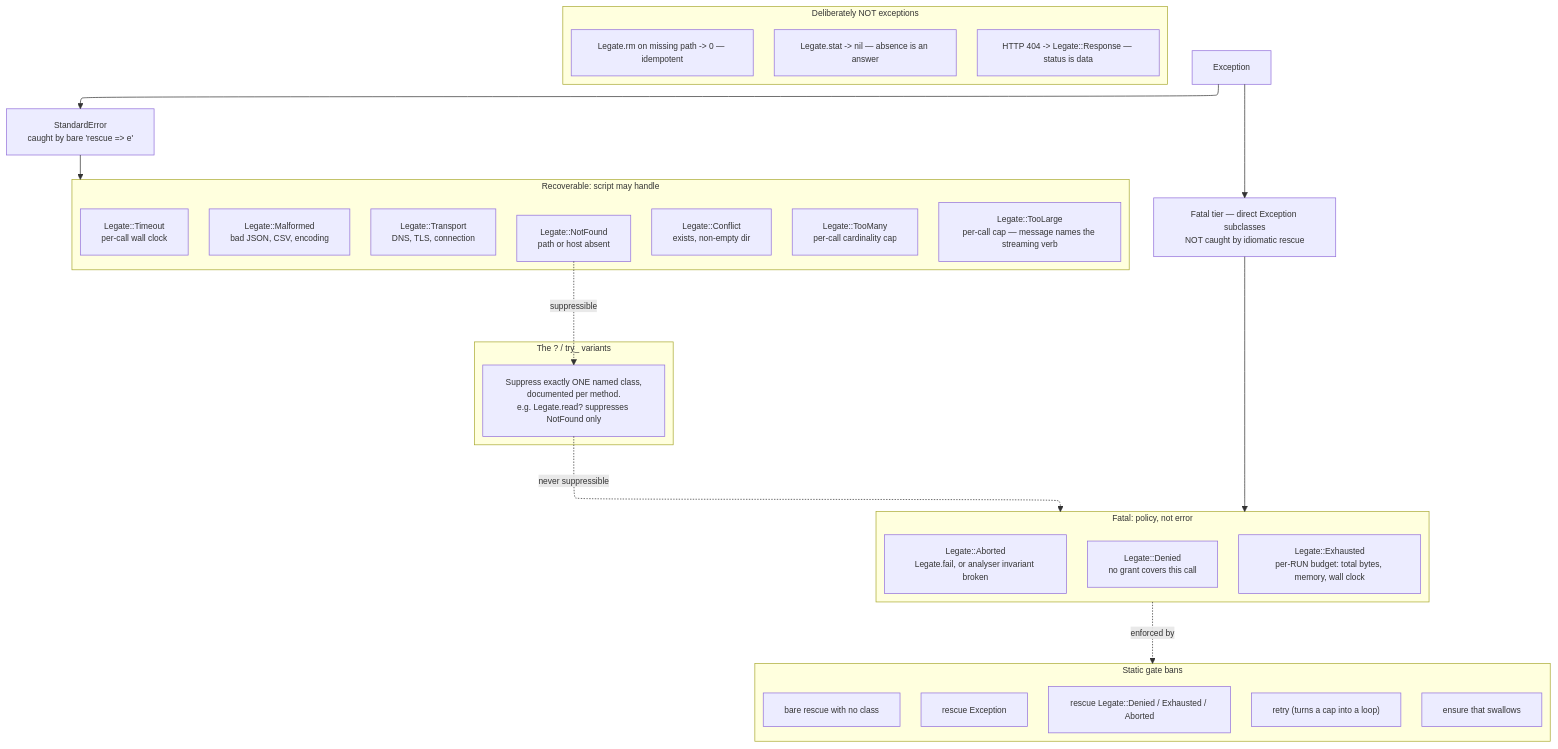
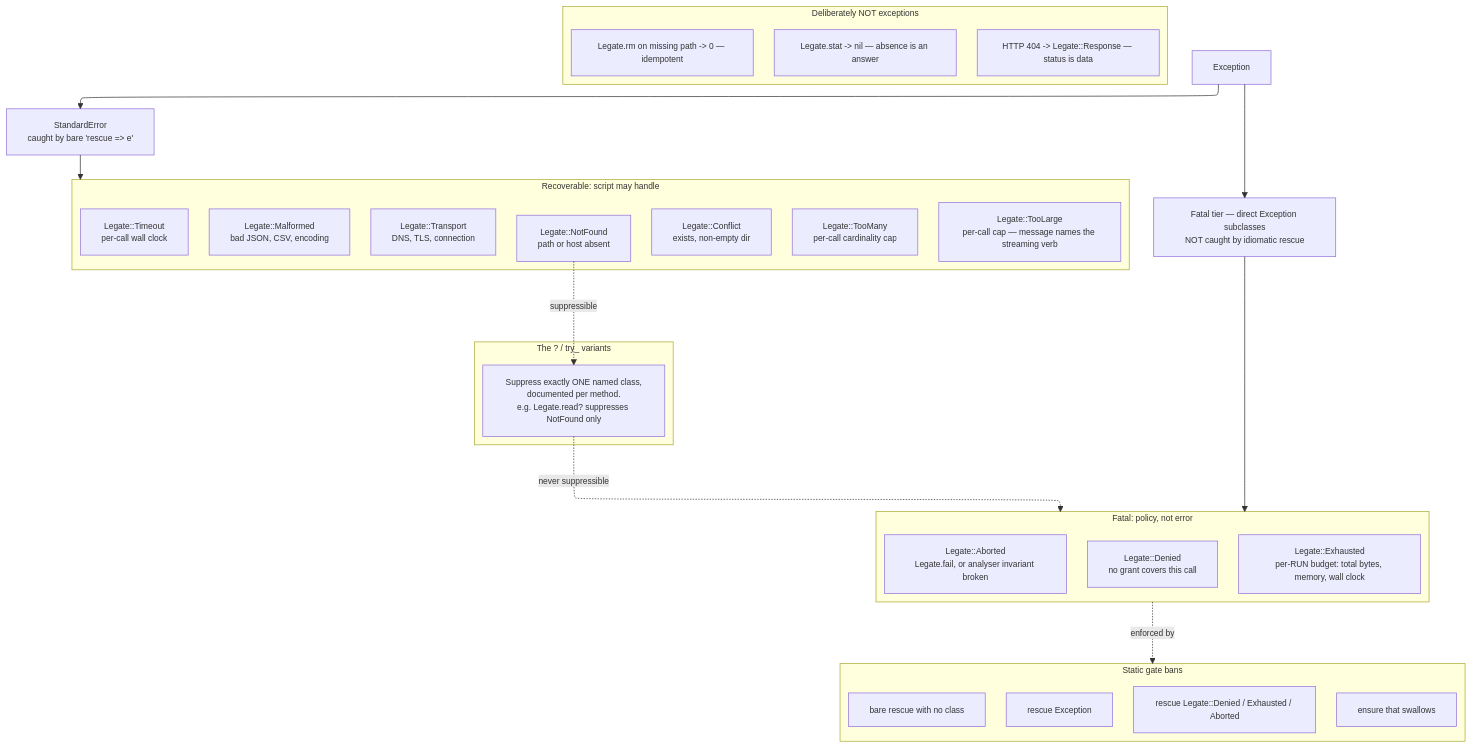
One commit to ModelArmy/adjutant.cr changed the third of 3 diagrams in LEGATE.md. Above: the diagram before and after it, drawn with Mermaid. The commit also changed other lines of this file and 8 other files, not shown here.

````diff
--- a/LEGATE.md
+++ b/LEGATE.md
@@ -800,57 +800,56 @@
 ```mermaid
 ---
 displayMode: compact
 config:
   layout: elk
   themeVariables:
     fontSize: 12px
 ---
 flowchart TB
     EX["Exception"]
 
     EX --> STD["StandardError<br/>caught by bare 'rescue => e'"]
     EX --> FATAL["Fatal tier — direct Exception subclasses<br/>NOT caught by idiomatic rescue"]
 
     subgraph REC["Recoverable: script may handle"]
         NF["Legate::NotFound<br/>path or host absent"]
         MF["Legate::Malformed<br/>bad JSON, CSV, encoding"]
         TO["Legate::Timeout<br/>per-call wall clock"]
         TR["Legate::Transport<br/>DNS, TLS, connection"]
         CF["Legate::Conflict<br/>exists, non-empty dir"]
         TL["Legate::TooLarge<br/>per-call cap — message names the streaming verb"]
         TM["Legate::TooMany<br/>per-call cardinality cap"]
     end
 
     STD --> REC
 
     subgraph FAT["Fatal: policy, not error"]
         DN["Legate::Denied<br/>no grant covers this call"]
         EXH["Legate::Exhausted<br/>per-RUN budget: total bytes, memory, wall clock"]
         AB["Legate::Aborted<br/>Legate.fail, or analyser invariant broken"]
     end
 
     FATAL --> FAT
 
     subgraph SUPP["The ? / try_ variants"]
         Q["Suppress exactly ONE named class,<br/>documented per method.<br/>e.g. Legate.read? suppresses NotFound only"]
     end
 
     NF -.->|"suppressible"| Q
     Q -.->|"never suppressible"| FAT
 
     subgraph GATE["Static gate bans"]
         B1["rescue Exception"]
         B2["rescue Legate::Denied / Exhausted / Aborted"]
         B3["bare rescue with no class"]
-        B4["retry (turns a cap into a loop)"]
-        B5["ensure that swallows"]
+        B4["ensure that swallows"]
     end
 
     FAT -.->|"enforced by"| GATE
 
     subgraph NOTEX["Deliberately NOT exceptions"]
         N1["Legate.stat -> nil — absence is an answer"]
         N2["HTTP 404 -> Legate::Response — status is data"]
         N3["Legate.rm on missing path -> 0 — idempotent"]
     end
 ```
````
